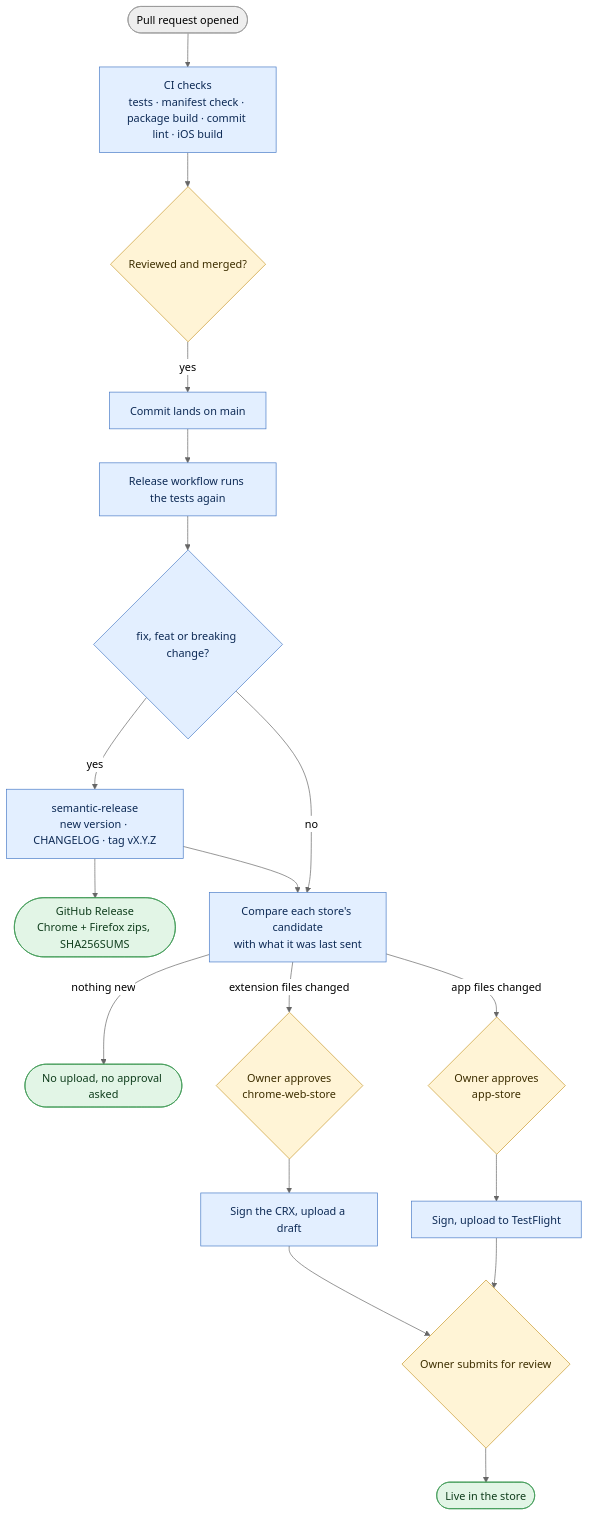
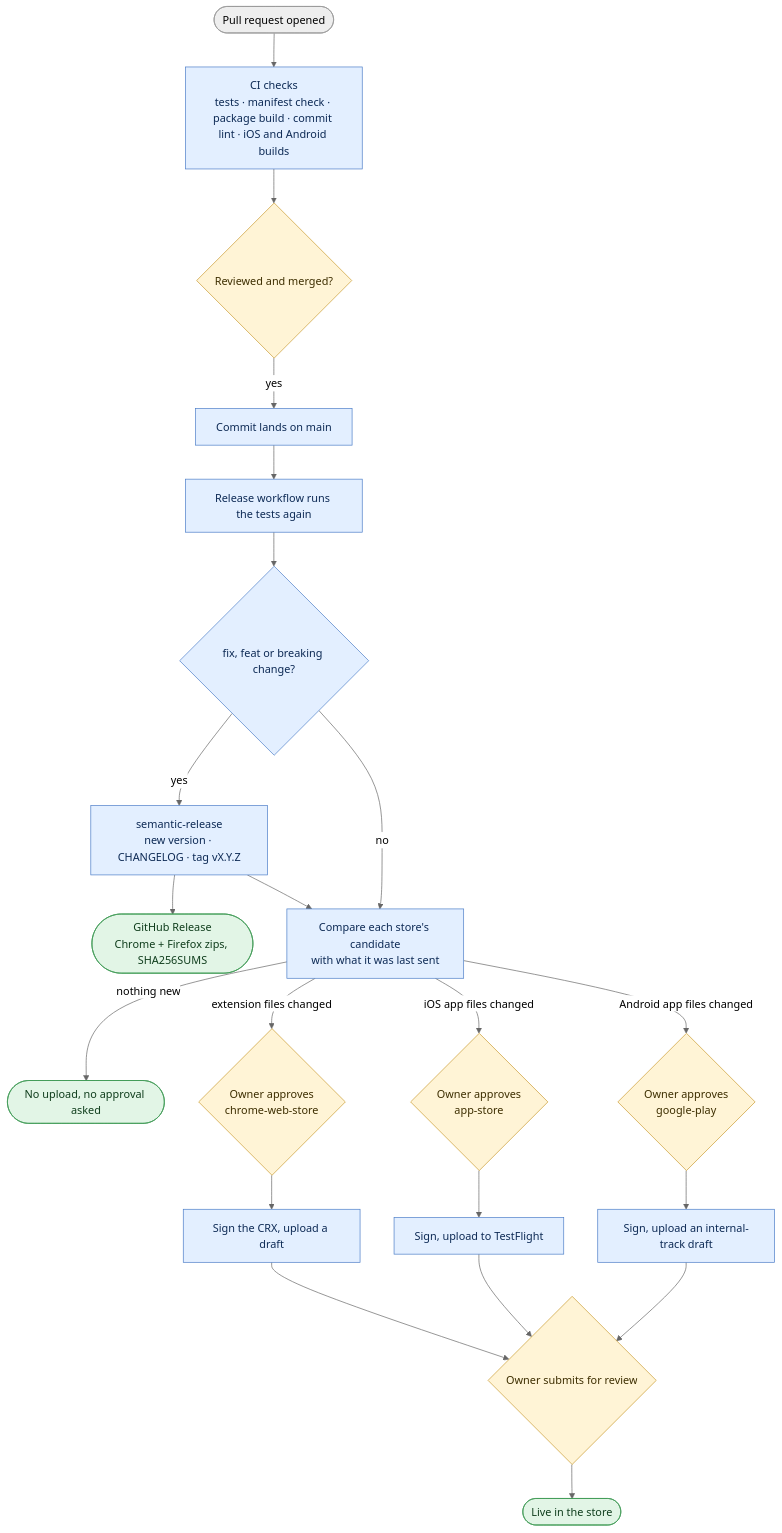
The diagram in docs/RELEASING.md (maubergine/voucherboard), drawn with Mermaid (neutral theme) before and after one commit. The commit also changed other lines of this file and 81 other files, not shown here.

````diff
--- a/docs/RELEASING.md
+++ b/docs/RELEASING.md
@@ -12,27 +13,30 @@
 ```mermaid
 flowchart TD
-  pr(["Pull request opened"]) --> ci["CI checks<br/>tests · manifest check · package build · commit lint · iOS build"]
+  pr(["Pull request opened"]) --> ci["CI checks<br/>tests · manifest check · package build · commit lint · iOS and Android builds"]
   ci --> merge{"Reviewed and merged?"}
   merge -->|yes| main["Commit lands on main"]
   main --> tests["Release workflow runs the tests again"]
   tests --> bump{"fix, feat or breaking change?"}
   bump -->|yes| version["semantic-release<br/>new version · CHANGELOG · tag vX.Y.Z"]
   version --> ghr(["GitHub Release<br/>Chrome + Firefox zips, SHA256SUMS"])
   bump -->|no| changes
   version --> changes["Compare each store's candidate<br/>with what it was last sent"]
   changes -->|"nothing new"| skip(["No upload, no approval asked"])
   changes -->|"extension files changed"| approve{"Owner approves<br/>chrome-web-store"}
-  changes -->|"app files changed"| approveios{"Owner approves<br/>app-store"}
+  changes -->|"iOS app files changed"| approveios{"Owner approves<br/>app-store"}
+  changes -->|"Android app files changed"| approveplay{"Owner approves<br/>google-play"}
   approve --> upload["Sign the CRX, upload a draft"]
   approveios --> tf["Sign, upload to TestFlight"]
+  approveplay --> play["Sign, upload an internal-track draft"]
   upload --> submit{"Owner submits for review"}
   tf --> submit
+  play --> submit
   submit --> live(["Live in the store"])
 
   classDef person fill:#fff4d6,stroke:#c99a2e,color:#3d2e00
   classDef auto fill:#e3efff,stroke:#4a7cc7,color:#0d2a55
   classDef done fill:#e2f5e6,stroke:#3f9a55,color:#0f3d1c
-  class merge,approve,approveios,submit person
-  class ci,main,tests,bump,version,changes,upload,tf auto
+  class merge,approve,approveios,approveplay,submit person
+  class ci,main,tests,bump,version,changes,upload,tf,play auto
   class ghr,skip,live done
 ```
````
